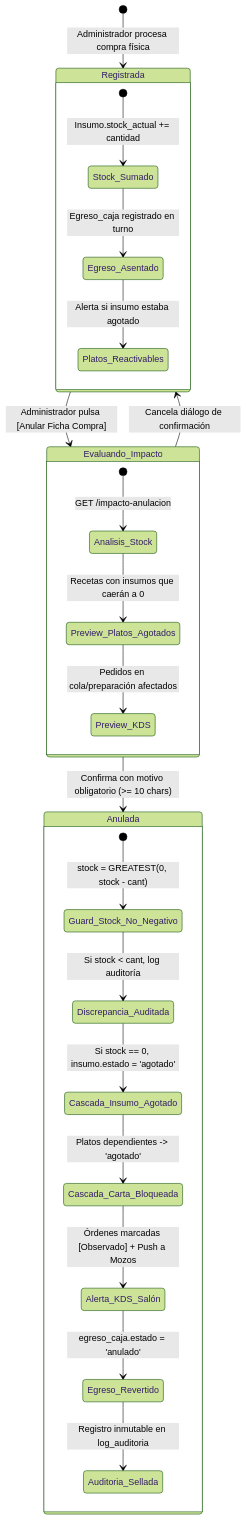
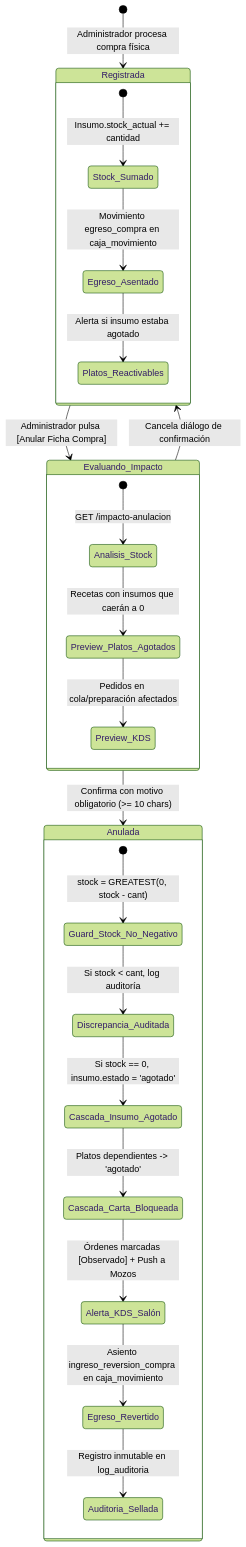
One commit to JCHUIZ10/RestaurantCloud_AI_backend changed the second of 2 diagrams in wireframe/administrador/CU-ADMIN-06-ficha-compra/wireframe.md. Above: the diagram before and after it, drawn with Mermaid (forest theme). The commit also changed other lines of this file and 18 other files, not shown here.

````diff
--- a/wireframe/administrador/CU-ADMIN-06-ficha-compra/wireframe.md
+++ b/wireframe/administrador/CU-ADMIN-06-ficha-compra/wireframe.md
@@ -255,31 +255,31 @@
 ```mermaid
 stateDiagram-v2
     [*] --> Registrada: Administrador procesa compra física
     
     state Registrada {
         [*] --> Stock_Sumado: Insumo.stock_actual += cantidad
-        Stock_Sumado --> Egreso_Asentado: Egreso_caja registrado en turno
+        Stock_Sumado --> Egreso_Asentado: Movimiento egreso_compra en caja_movimiento
         Egreso_Asentado --> Platos_Reactivables: Alerta si insumo estaba agotado
     }
 
     Registrada --> Evaluando_Impacto: Administrador pulsa [Anular Ficha Compra]
     
     state Evaluando_Impacto {
         [*] --> Analisis_Stock: GET /impacto-anulacion
         Analisis_Stock --> Preview_Platos_Agotados: Recetas con insumos que caerán a 0
         Preview_Platos_Agotados --> Preview_KDS: Pedidos en cola/preparación afectados
     }
 
     Evaluando_Impacto --> Anulada: Confirma con motivo obligatorio (>= 10 chars)
     Evaluando_Impacto --> Registrada: Cancela diálogo de confirmación
     
     state Anulada {
         [*] --> Guard_Stock_No_Negativo: stock = GREATEST(0, stock - cant)
         Guard_Stock_No_Negativo --> Discrepancia_Auditada: Si stock < cant, log auditoría
         Discrepancia_Auditada --> Cascada_Insumo_Agotado: Si stock == 0, insumo.estado = 'agotado'
         Cascada_Insumo_Agotado --> Cascada_Carta_Bloqueada: Platos dependientes -> 'agotado'
         Cascada_Carta_Bloqueada --> Alerta_KDS_Salón: Órdenes marcadas [Observado] + Push a Mozos
-        Alerta_KDS_Salón --> Egreso_Revertido: egreso_caja.estado = 'anulado'
+        Alerta_KDS_Salón --> Egreso_Revertido: Asiento ingreso_reversion_compra en caja_movimiento
         Egreso_Revertido --> Auditoria_Sellada: Registro inmutable en log_auditoria
     }
 ```
````
